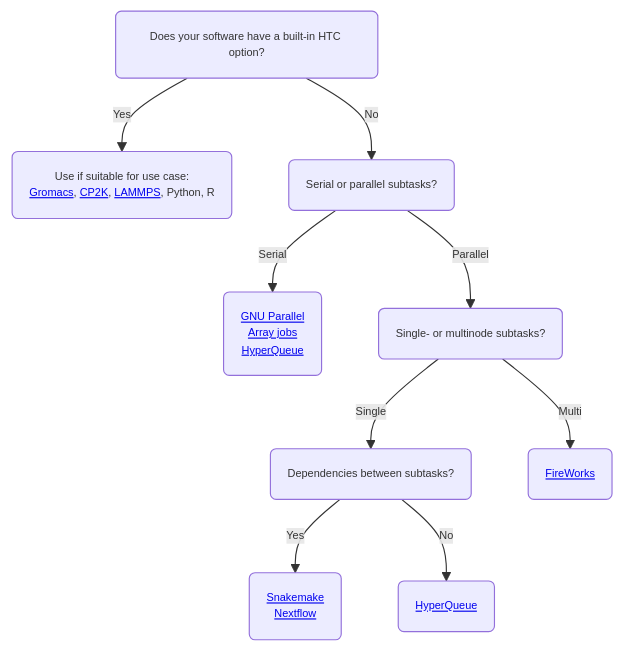
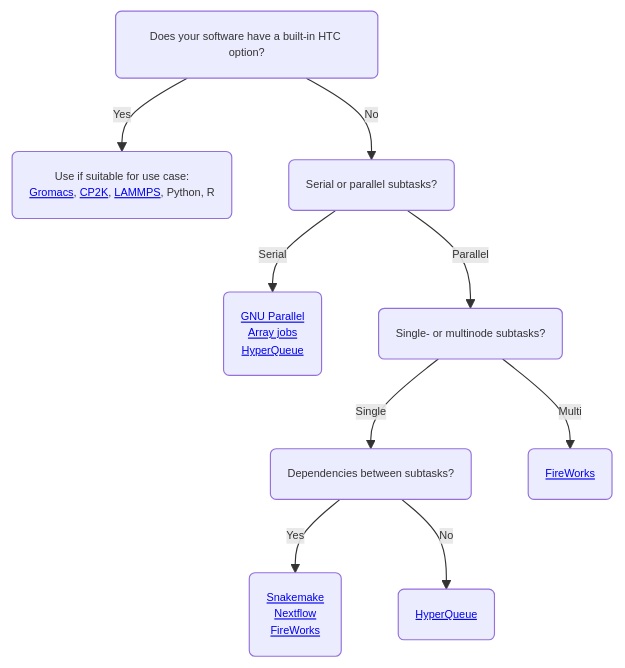
The first of 2 diagrams in docs/computing/running/throughput.md (CSCfi/csc-user-guide), drawn with Mermaid before and after one commit.

Commit message:
Small fix on throughput page (#1471)

````diff
--- a/docs/computing/running/throughput.md
+++ b/docs/computing/running/throughput.md
@@ -53,12 +53,12 @@
 ```mermaid
 %%{init: {'theme': 'default', 'themeVariables': { 'fontSize': '0.6rem'}}}%%
 graph TD
     C(Does your software have a built-in HTC option?) -->|Yes| D("Use if suitable for use case:<br><a href='/apps/gromacs/#high-throughput-computing-with-gromacs'>Gromacs</a>, <a href='/apps/cp2k/#high-throughput-computing-with-gromacs'>CP2K</a>, <a href='/apps/lammps/#high-throughput-computing-with-gromacs'>LAMMPS</a>, Python, R ")
     C -->|No| E(Serial or parallel subtasks?)
     E -->|Serial| F(<a href='/support/tutorials/many/'>GNU Parallel</a><br><a href='/computing/running/array-jobs/'>Array jobs</a><br><a href='/apps/hyperqueue/'>HyperQueue</a>)
     E -->|Parallel| G(Single- or multinode subtasks?)
     G -->|Single| H(Dependencies between subtasks?)
     G -->|Multi| I(<a href='/computing/running/fireworks/'>FireWorks</a>)
-    H -->|Yes| J(<a href='https://snakemake.readthedocs.io/en/stable/'>Snakemake</a><br><a href='/support/tutorials/nextflow-puhti/'>Nextflow</a>)
+    H -->|Yes| J(<a href='https://snakemake.readthedocs.io/en/stable/'>Snakemake</a><br><a href='/support/tutorials/nextflow-puhti/'>Nextflow</a><br><a href='/computing/running/fireworks/'>FireWorks</a>)
     H -->|No| K(<a href='/apps/hyperqueue/'>HyperQueue</a>)
 ```
````
